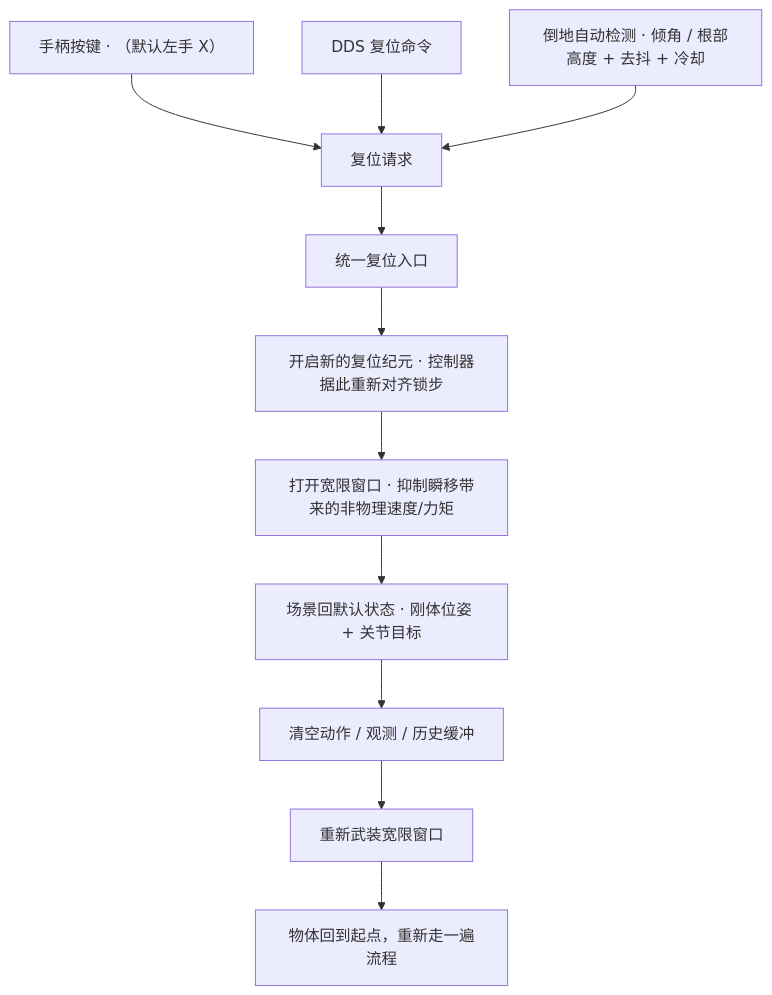
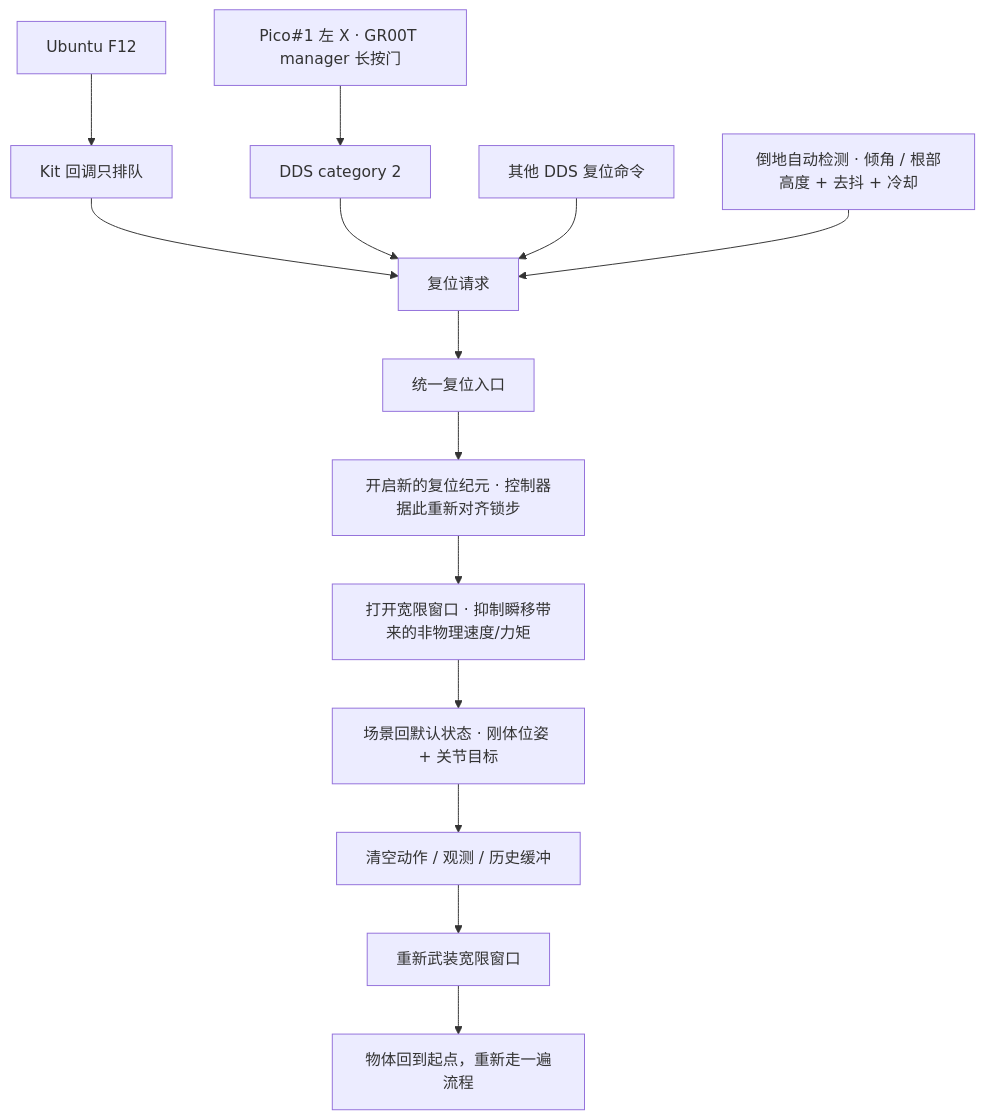
The fifth of 6 diagrams in doc/ar_conveyor_runtime_zh.md (xiaoyang00001/unitree_sim_isaaclab), drawn with Mermaid before and after one commit. The commit also changed other lines of this file and 3 other files, not shown here.

````diff
--- a/doc/ar_conveyor_runtime_zh.md
+++ b/doc/ar_conveyor_runtime_zh.md
@@ -188,14 +190,17 @@
 ```mermaid
 flowchart TB
-  T1["手柄按键 · （默认左手 X）"] --> GATE["复位请求"]
-  T2["DDS 复位命令"] --> GATE
-  T3["倒地自动检测 · 倾角 / 根部高度 + 去抖 + 冷却"] --> GATE
+  T1["Ubuntu F12"] --> PENDING["Kit 回调只排队"]
+  PENDING --> GATE["复位请求"]
+  T2["Pico#1 左 X · GR00T manager 长按门"] --> DDS2["DDS category 2"]
+  DDS2 --> GATE
+  T3["其他 DDS 复位命令"] --> GATE
+  T4["倒地自动检测 · 倾角 / 根部高度 + 去抖 + 冷却"] --> GATE
 
   GATE --> ENTRY["统一复位入口"]
   ENTRY --> S1["开启新的复位纪元 · 控制器据此重新对齐锁步"]
   S1 --> S2["打开宽限窗口 · 抑制瞬移带来的非物理速度/力矩"]
   S2 --> S3["场景回默认状态 · 刚体位姿 + 关节目标"]
   S3 --> S4["清空动作 / 观测 / 历史缓冲"]
   S4 --> S5["重新武装宽限窗口"]
   S5 --> DONE["物体回到起点，重新走一遍流程"]
 ```
````
